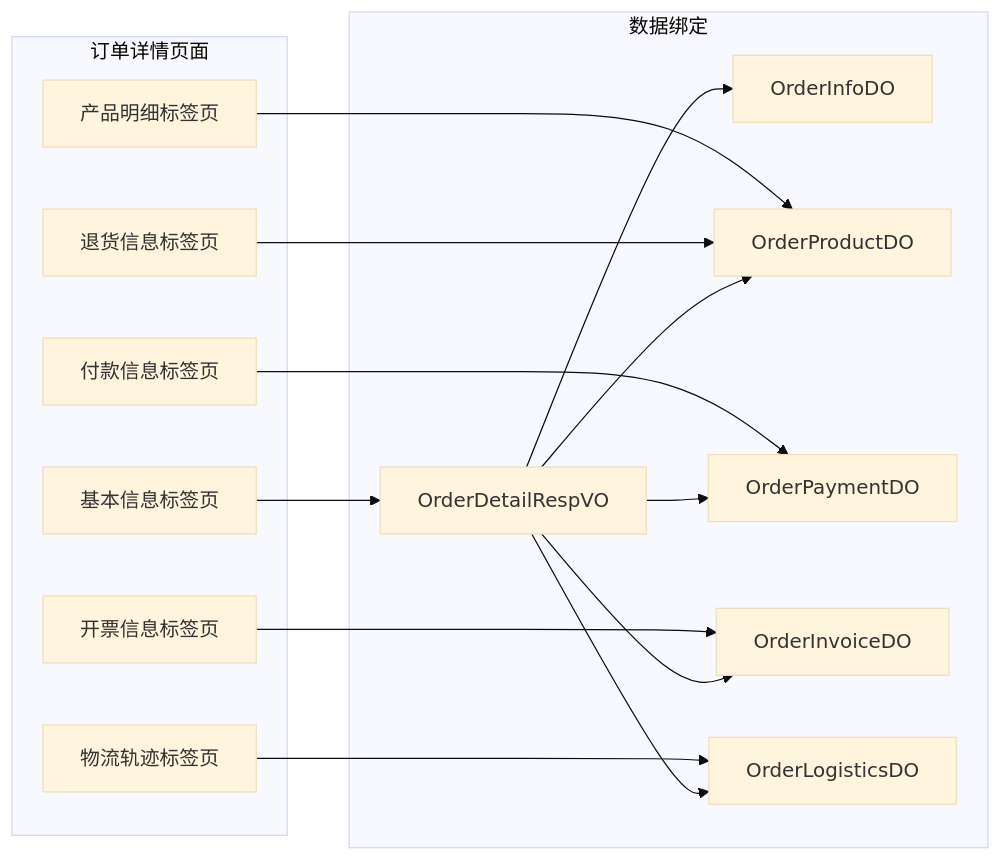
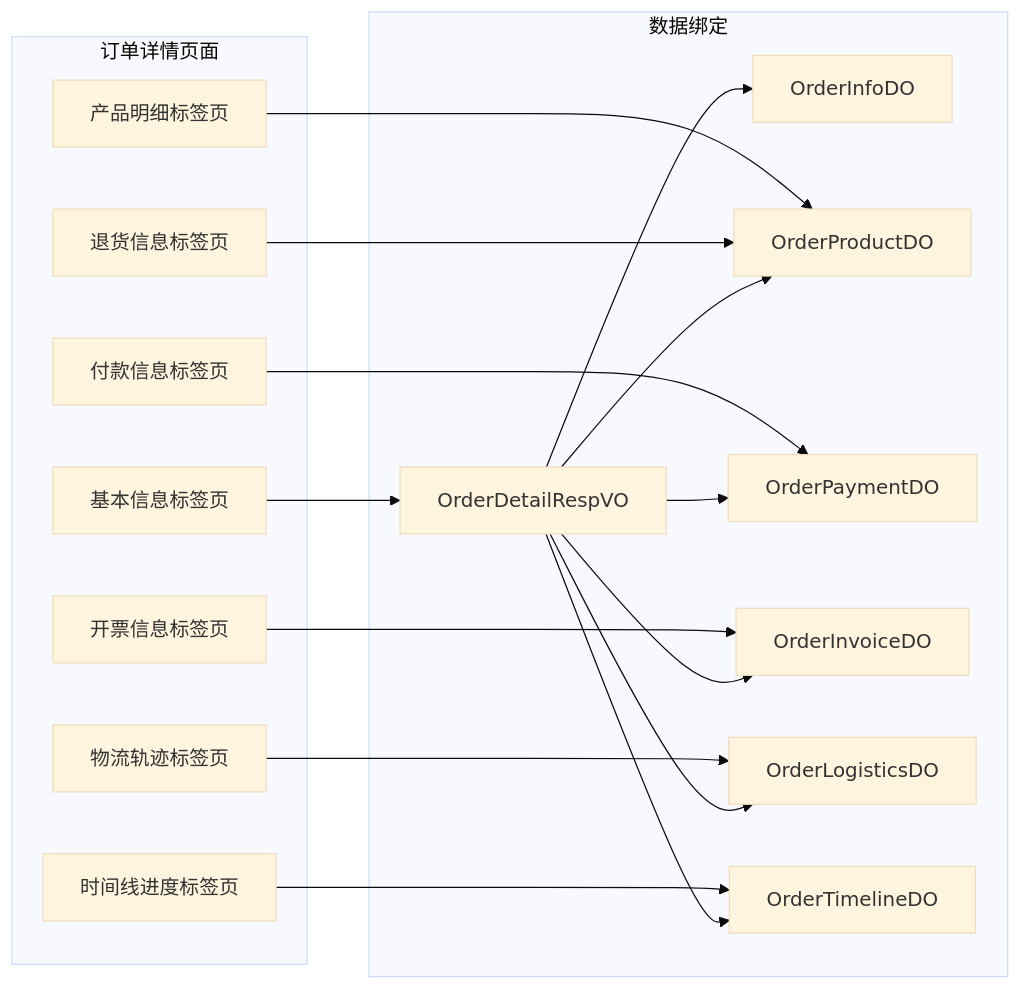
Before and after one commit to xiaoche80s-tech/rouyi-vue-pro: the seventh of 9 diagrams in .qoder/repowiki/zh/content/核心模块/运营中心模块/订单管理模块.md, drawn with Mermaid (base theme). The commit also changed other lines of this file and 331 other files, not shown here.

````diff
--- a/.qoder/repowiki/zh/content/核心模块/运营中心模块/订单管理模块.md
+++ b/.qoder/repowiki/zh/content/核心模块/运营中心模块/订单管理模块.md
@@ -326,30 +415,34 @@
 ```mermaid
 graph LR
 subgraph "订单详情页面"
 A[基本信息标签页]
 B[产品明细标签页]
 C[付款信息标签页]
 D[开票信息标签页]
 E[物流轨迹标签页]
 F[退货信息标签页]
+G[时间线进度标签页]
 end
 subgraph "数据绑定"
-G[OrderDetailRespVO]
-H[OrderInfoDO]
-I[OrderProductDO]
-J[OrderPaymentDO]
-K[OrderInvoiceDO]
-L[OrderLogisticsDO]
+H[OrderDetailRespVO]
+I[OrderInfoDO]
+J[OrderProductDO]
+K[OrderPaymentDO]
+L[OrderInvoiceDO]
+M[OrderLogisticsDO]
+N[OrderTimelineDO]
 end
-A --> G
-B --> I
-C --> J
-D --> K
-E --> L
-F --> I
-G --> H
-G --> I
-G --> J
-G --> K
-G --> L
+A --> H
+B --> J
+C --> K
+D --> L
+E --> M
+F --> J
+G --> N
+H --> I
+H --> J
+H --> K
+H --> L
+H --> M
+H --> N
 ```
````
